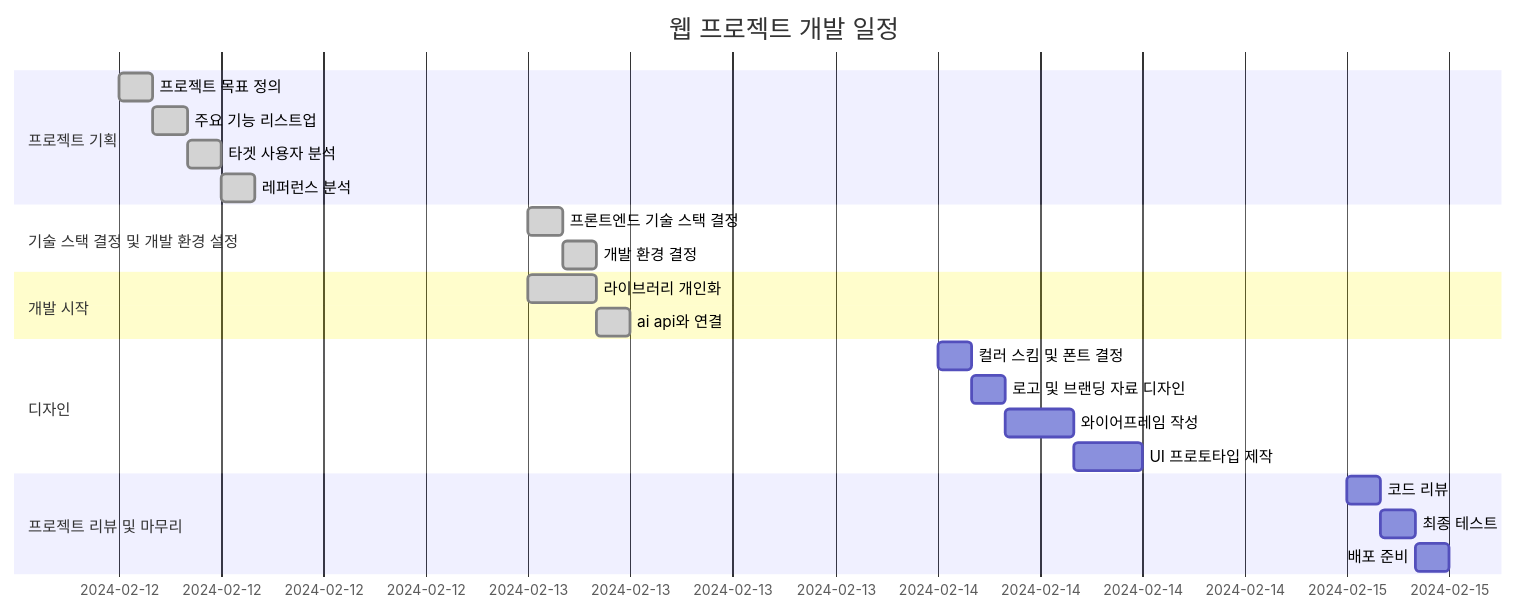
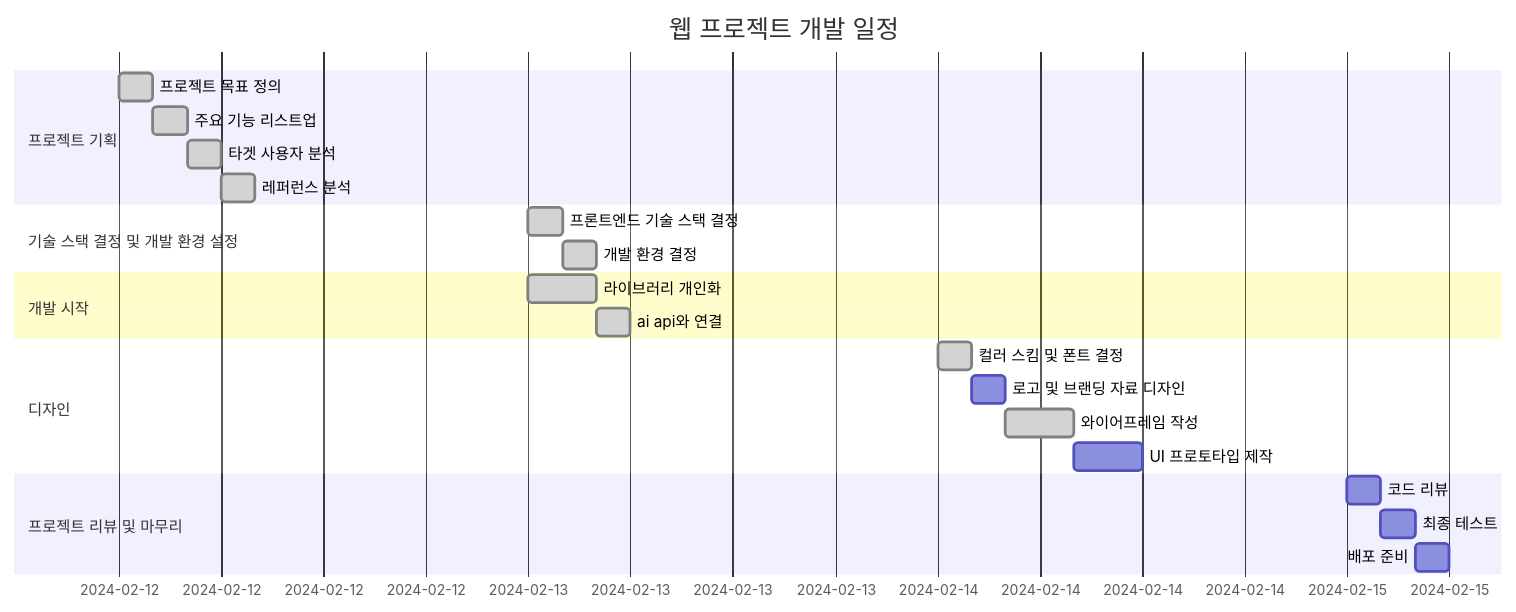
The first of 2 diagrams in README.md (matty255/code-helper), drawn with Mermaid before and after one commit. The commit also changed other lines of this file and 2 other files, not shown here.

````diff
--- a/README.md
+++ b/README.md
@@ -13,31 +15,31 @@
 ```mermaid
 gantt
     dateFormat  MM-DD
     title 웹 프로젝트 개발 일정
 
     section 프로젝트 기획
     프로젝트 목표 정의          :done,    des1, 02-12, 2h
     주요 기능 리스트업         :done,       des2, after des1, 2h
     타겟 사용자 분석           :done,      des3, after des2, 2h
     레퍼런스 분석               :done,     des4, after des3, 2h
 
     section 기술 스택 결정 및 개발 환경 설정
     프론트엔드 기술 스택 결정  :done,       des5, 02-13, 2h
     개발 환경 결정             :done,      des6, after des5, 2h
 
     section 개발 시작
     라이브러리 개인화          :done,      des7, 02-13, 4h
     ai api와 연결             :done,     des8, after des7, 2h
 
     section 디자인
-    컬러 스킴 및 폰트 결정     :         des9, 02-14, 2h
+    컬러 스킴 및 폰트 결정     :done,         des9, 02-14, 2h
     로고 및 브랜딩 자료 디자인 :         des10, after des9, 2h
-    와이어프레임 작성          :         des11, after des10, 4h
+    와이어프레임 작성          :done,         des11, after des10, 4h
     UI 프로토타입 제작         :         des12, after des11, 4h
 
     section 프로젝트 리뷰 및 마무리
     코드 리뷰                 :         des13, 02-15, 2h
     최종 테스트               :         des14, after des13, 2h
     배포 준비                 :         des15, after des14, 2h
 
 ```
````
